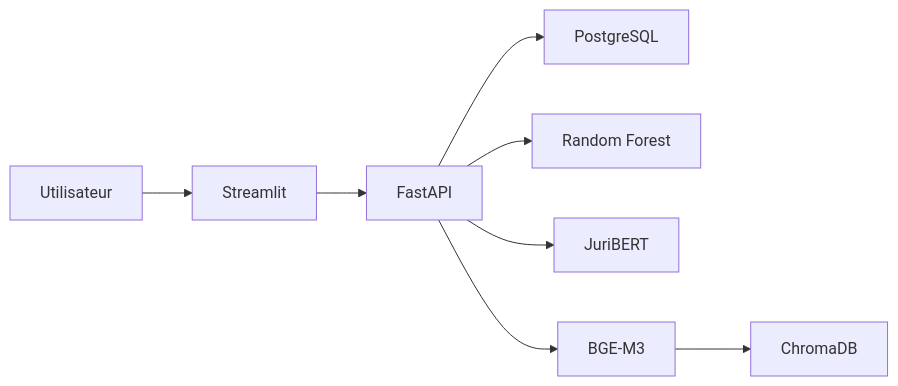
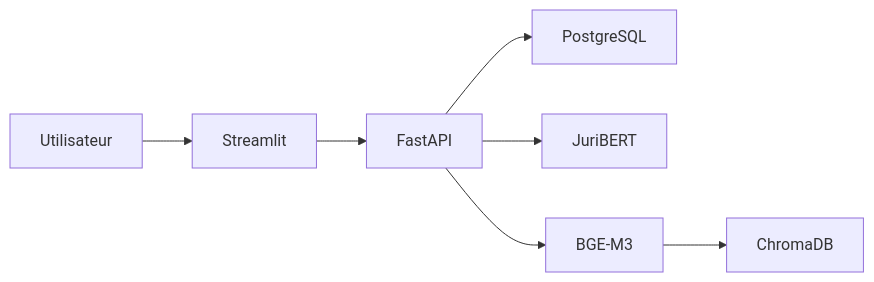
One commit to prudencia-dev/prudencia changed the diagram in README.md. Above: the diagram before and after it, drawn with Mermaid. The commit also changed other lines of this file and 6 other files, not shown here.

````diff
--- a/README.md
+++ b/README.md
@@ -17,10 +16,9 @@
 ```mermaid
 flowchart LR
     U["Utilisateur"] --> UI["Streamlit"]
     UI --> API["FastAPI"]
     API --> PG["PostgreSQL"]
-    API --> ML["Random Forest"]
     API --> DL["JuriBERT"]
     API --> EMB["BGE-M3"]
     EMB --> CH["ChromaDB"]
 ```
````
